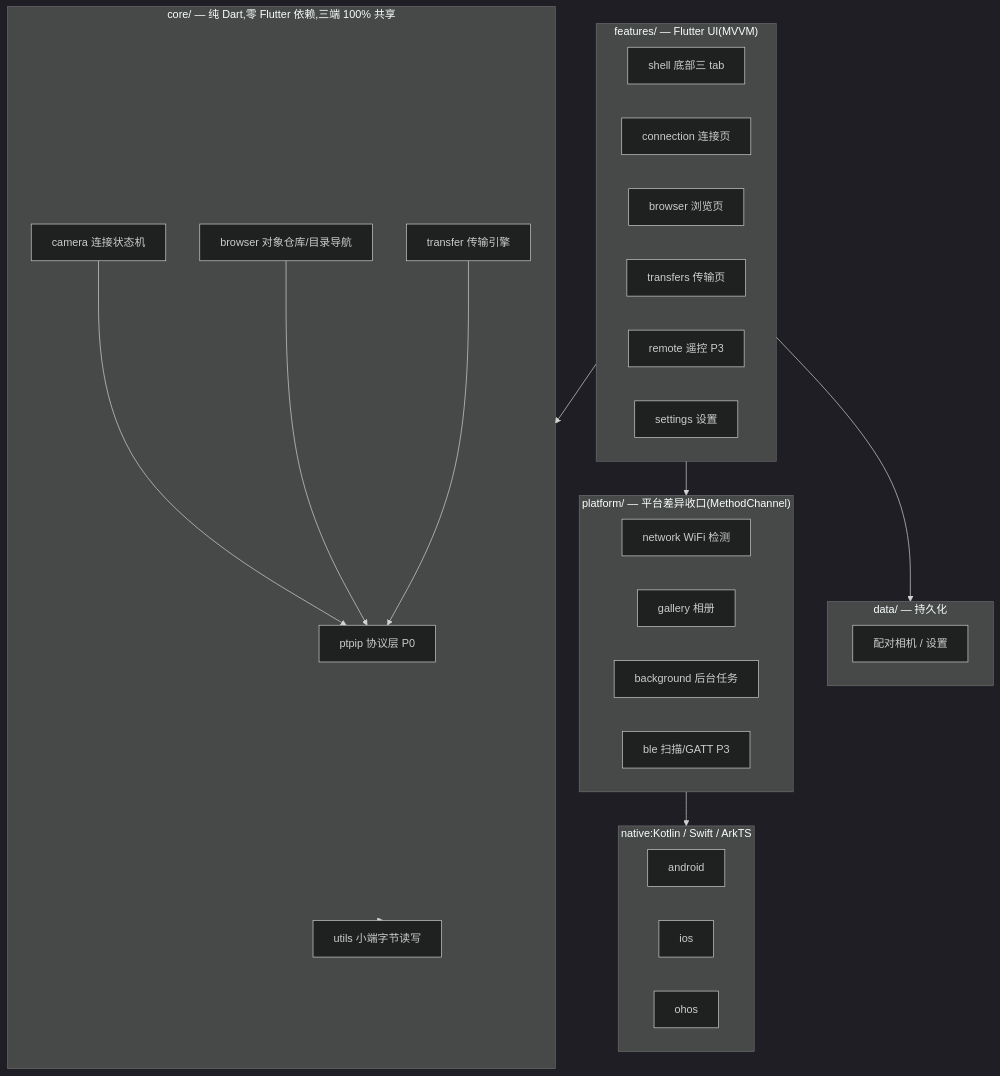
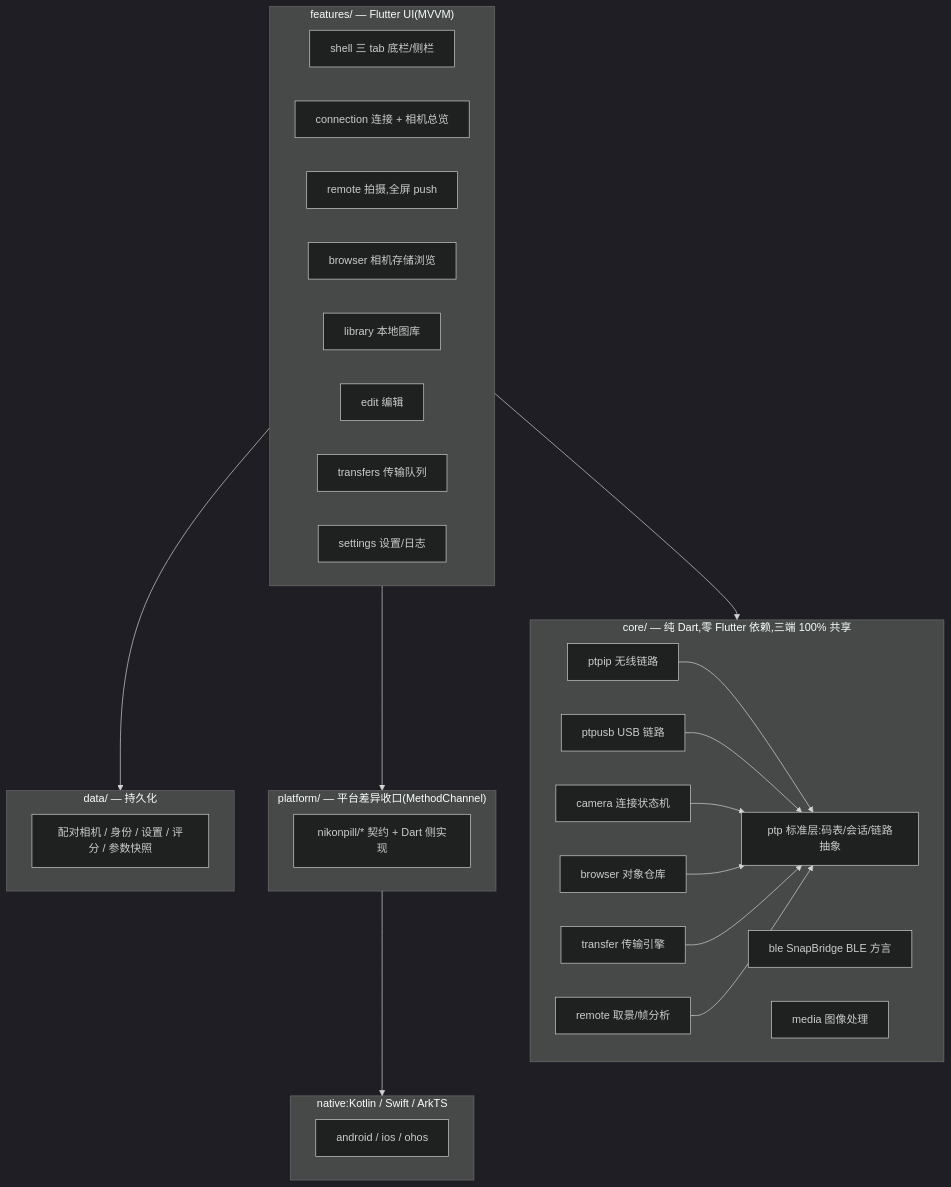
One commit to jaminxx-aha/ZPill changed the diagram in docs/ARCHITECTURE.md. Above: the diagram before and after it, drawn with Mermaid (dark theme). The commit also changed other lines of this file and 74 other files, not shown here.

````diff
--- a/docs/ARCHITECTURE.md
+++ b/docs/ARCHITECTURE.md
@@ -9,41 +10,44 @@
 ```mermaid
 flowchart TD
     subgraph UI["features/ — Flutter UI(MVVM)"]
-        shell[shell 底部三 tab]
-        conn[connection 连接页]
-        browser[browser 浏览页]
-        transfers[transfers 传输页]
-        remote[remote 遥控 P3]
-        settings[settings 设置]
+        shell[shell 三 tab 底栏/侧栏]
+        conn[connection 连接 + 相机总览]
+        remote[remote 拍摄,全屏 push]
+        browser[browser 相机存储浏览]
+        library[library 本地图库]
+        edit[edit 编辑]
+        transfers[transfers 传输队列]
+        settings[settings 设置/日志]
     end
     subgraph CORE["core/ — 纯 Dart,零 Flutter 依赖,三端 100% 共享"]
-        ptpip[ptpip 协议层 P0]
+        ptp[ptp 标准层:码表/会话/链路抽象]
+        ptpip[ptpip 无线链路]
+        ptpusb[ptpusb USB 链路]
+        bleC[ble SnapBridge BLE 方言]
         camera[camera 连接状态机]
-        browserCore[browser 对象仓库/目录导航]
+        browserCore[browser 对象仓库]
         transfer[transfer 传输引擎]
-        utils[utils 小端字节读写]
+        remoteCore[remote 取景/帧分析]
+        media[media 图像处理]
     end
     subgraph PLAT["platform/ — 平台差异收口(MethodChannel)"]
-        net[network WiFi 检测]
-        gallery[gallery 相册]
-        bg[background 后台任务]
-        ble[ble 扫描/GATT P3]
+        plat["nikonpill/* 契约 + Dart 侧实现"]
     end
     subgraph DATA["data/ — 持久化"]
-        store[配对相机 / 设置]
+        store[配对相机 / 身份 / 设置 / 评分 / 参数快照]
     end
     subgraph NATIVE["native:Kotlin / Swift / ArkTS"]
-        android[android]
-        ios[ios]
-        ohos[ohos]
+        native[android / ios / ohos]
     end
 
     UI --> CORE
     UI --> PLAT
-    CORE --> utils
-    camera --> ptpip
-    browserCore --> ptpip
-    transfer --> ptpip
+    UI --> DATA
+    ptpip --> ptp
+    ptpusb --> ptp
+    camera --> ptp
+    browserCore --> ptp
+    transfer --> ptp
+    remoteCore --> ptp
     PLAT --> NATIVE
-    UI --> DATA
 ```
````
